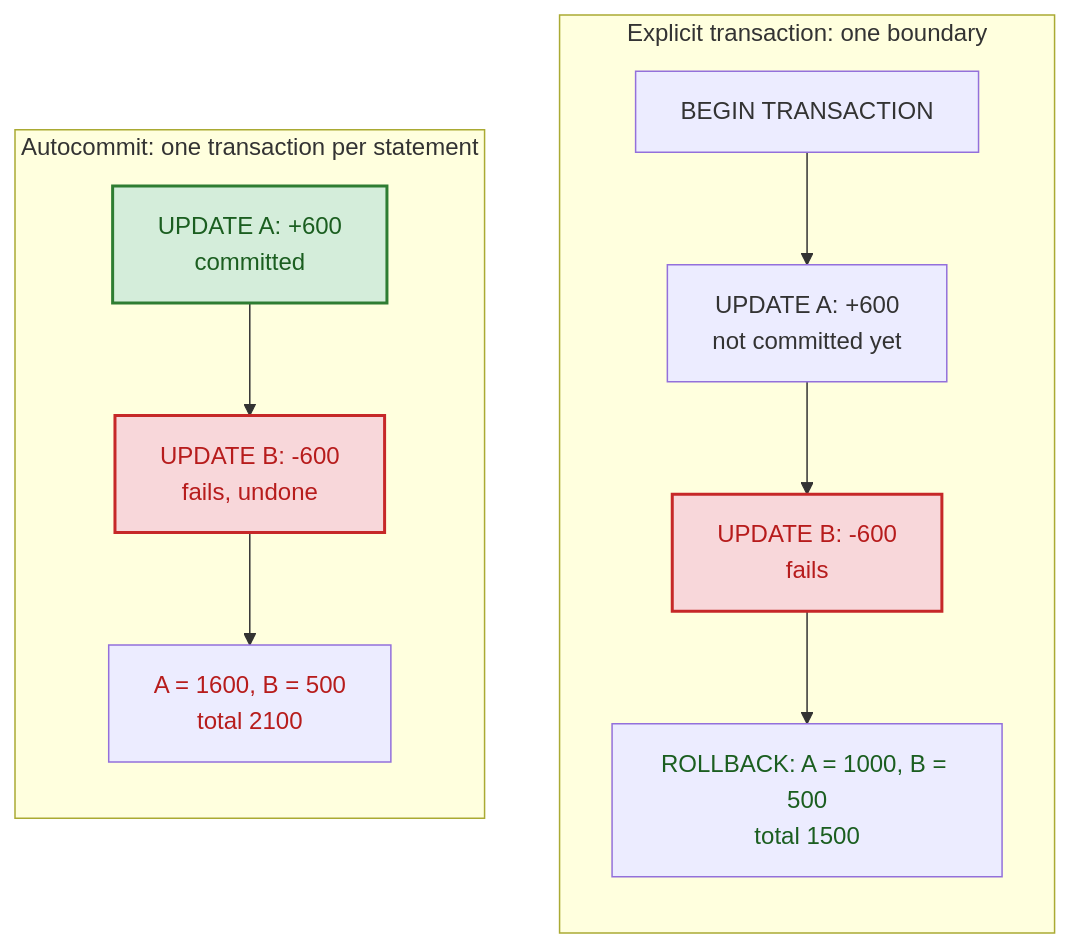
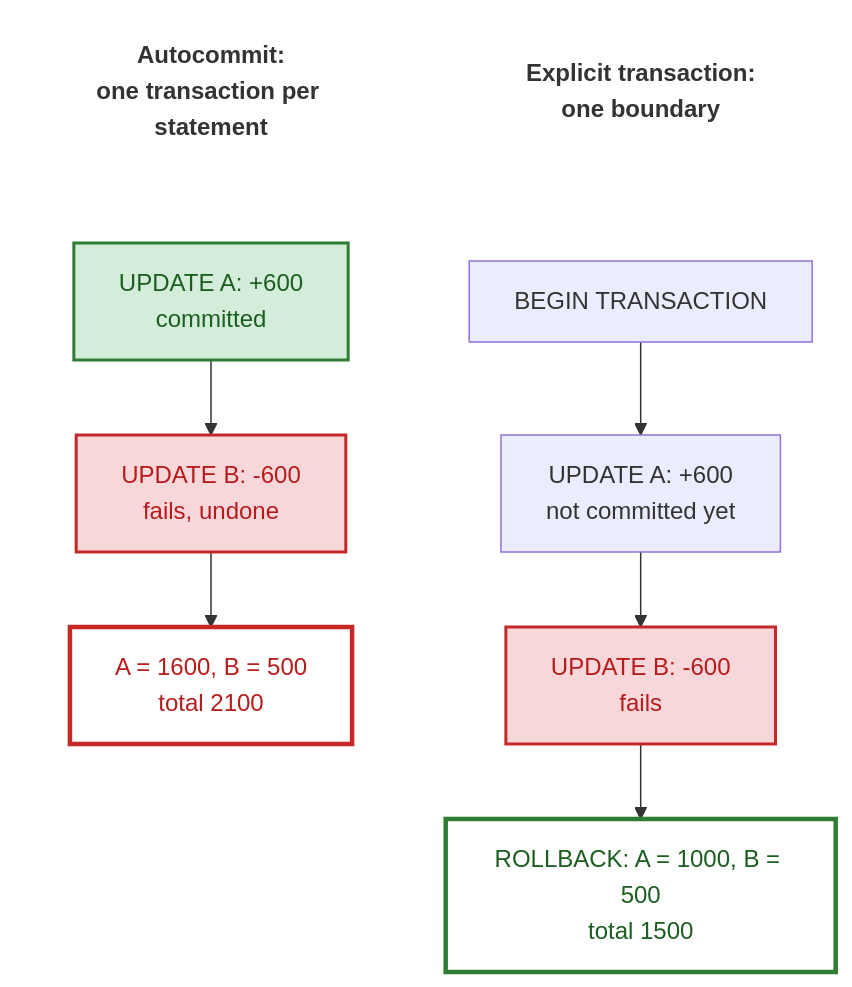
One commit to tjovic/database-design-labs-public changed the first of 9 diagrams in labs/lab09-transactions.md. Above: the diagram before and after it, drawn with Mermaid. The commit also changed other lines of this file, not shown here.

````diff
--- a/labs/lab09-transactions.md
+++ b/labs/lab09-transactions.md
@@ -174,24 +174,22 @@
 ```mermaid
-flowchart LR
-    subgraph AUTO["Autocommit: one transaction per statement"]
-        direction TB
-        A1["UPDATE A: +600<br/>committed"] --> A2["UPDATE B: -600<br/>fails, undone"]
-        A2 --> A3["A = 1600, B = 500<br/>total 2100"]
-    end
-    subgraph EXPL["Explicit transaction: one boundary"]
-        direction TB
-        E1["BEGIN TRANSACTION"] --> E2["UPDATE A: +600<br/>not committed yet"]
-        E2 --> E3["UPDATE B: -600<br/>fails"]
-        E3 --> E4["ROLLBACK: A = 1000, B = 500<br/>total 1500"]
-    end
-    AUTO ~~~ EXPL
+flowchart TD
+    AT["Autocommit:<br/>one transaction per statement"] ~~~ A1
+    A1["UPDATE A: +600<br/>committed"] --> A2["UPDATE B: -600<br/>fails, undone"]
+    A2 --> A3["A = 1600, B = 500<br/>total 2100"]
 
+    ET["Explicit transaction:<br/>one boundary"] ~~~ E1
+    E1["BEGIN TRANSACTION"] --> E2["UPDATE A: +600<br/>not committed yet"]
+    E2 --> E3["UPDATE B: -600<br/>fails"]
+    E3 --> E4["ROLLBACK: A = 1000, B = 500<br/>total 1500"]
+
+    classDef title fill:none,stroke:none,font-weight:bold
     classDef committed fill:#d4edda,stroke:#2e7d32,stroke-width:2px,color:#1b5e20
     classDef failed fill:#f8d7da,stroke:#c62828,stroke-width:2px,color:#b71c1c
-    classDef wrong color:#b71c1c
-    classDef right color:#1b5e20
+    classDef wrong fill:#ffffff,stroke:#c62828,stroke-width:3px,color:#b71c1c
+    classDef right fill:#ffffff,stroke:#2e7d32,stroke-width:3px,color:#1b5e20
+    class AT,ET title
     class A1 committed
     class A2,E3 failed
     class A3 wrong
     class E4 right
 ```
````
